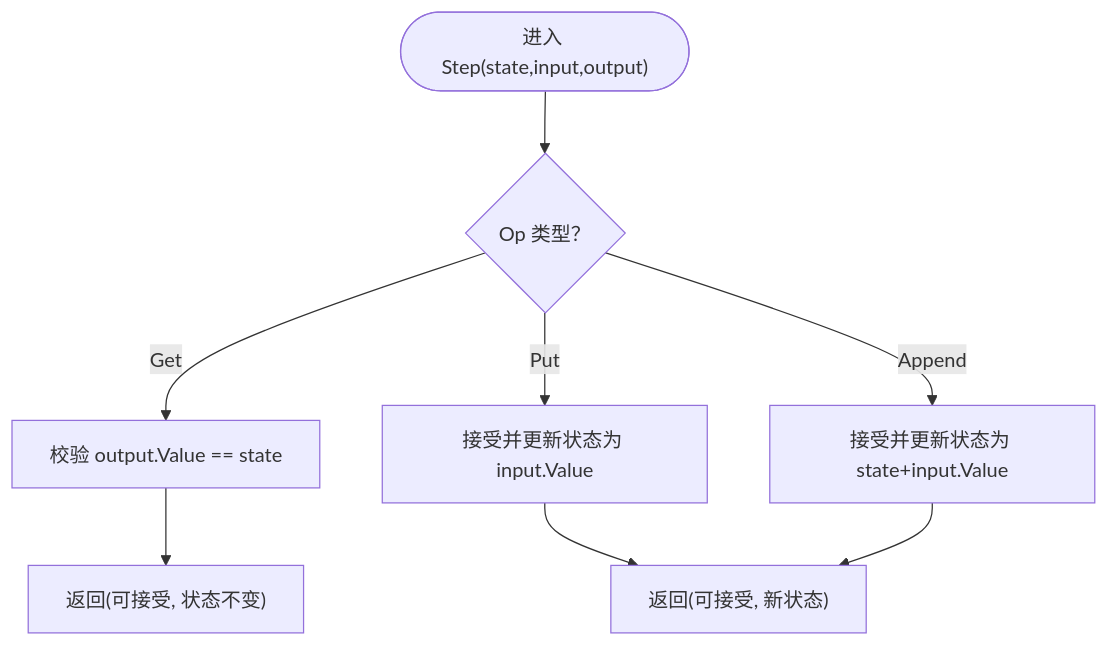
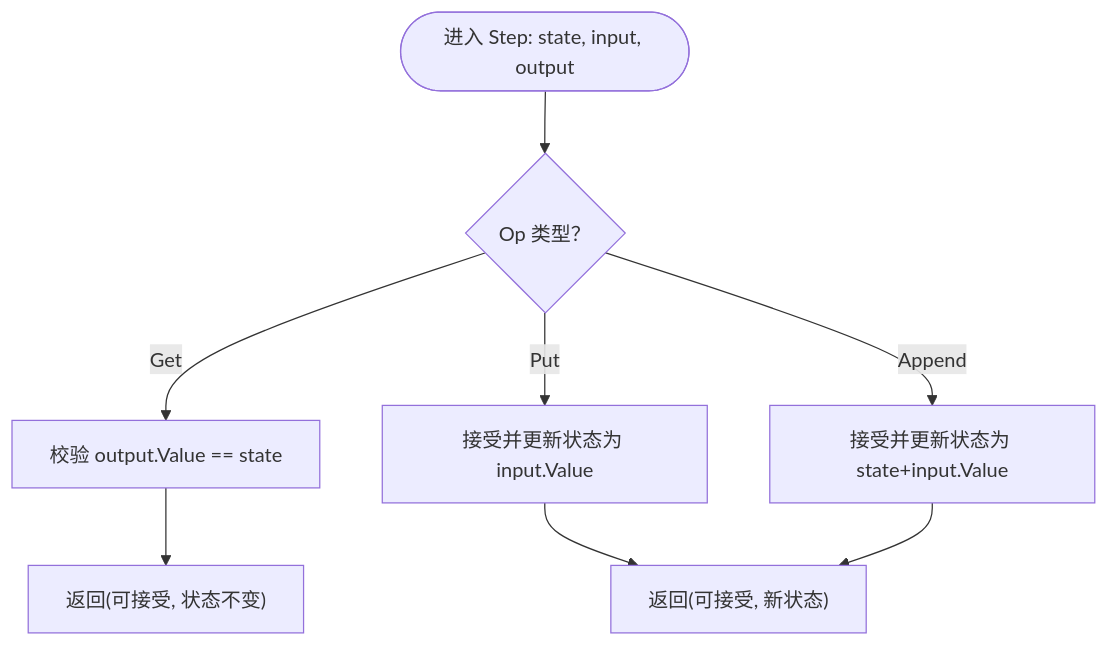
Before and after one commit to eraft-io/eraft: the third of 9 diagrams in wiki/测试框架/并发验证.md, drawn with Mermaid. The commit also changed 12 other files, not shown here.

````diff
--- a/wiki/测试框架/并发验证.md
+++ b/wiki/测试框架/并发验证.md
@@ -126,10 +126,10 @@
 ```mermaid
 flowchart TD
-Start(["进入 Step(state,input,output)"]) --> CheckOp{"Op 类型？"}
+Start(["进入 Step: state, input, output"]) --> CheckOp{"Op 类型？"}
 CheckOp --> |Get| VerifyGet["校验 output.Value == state"]
 CheckOp --> |Put| AcceptPut["接受并更新状态为 input.Value"]
 CheckOp --> |Append| AcceptAppend["接受并更新状态为 state+input.Value"]
 VerifyGet --> Ret1["返回(可接受, 状态不变)"]
 AcceptPut --> Ret2["返回(可接受, 新状态)"]
 AcceptAppend --> Ret2
 ```
````
